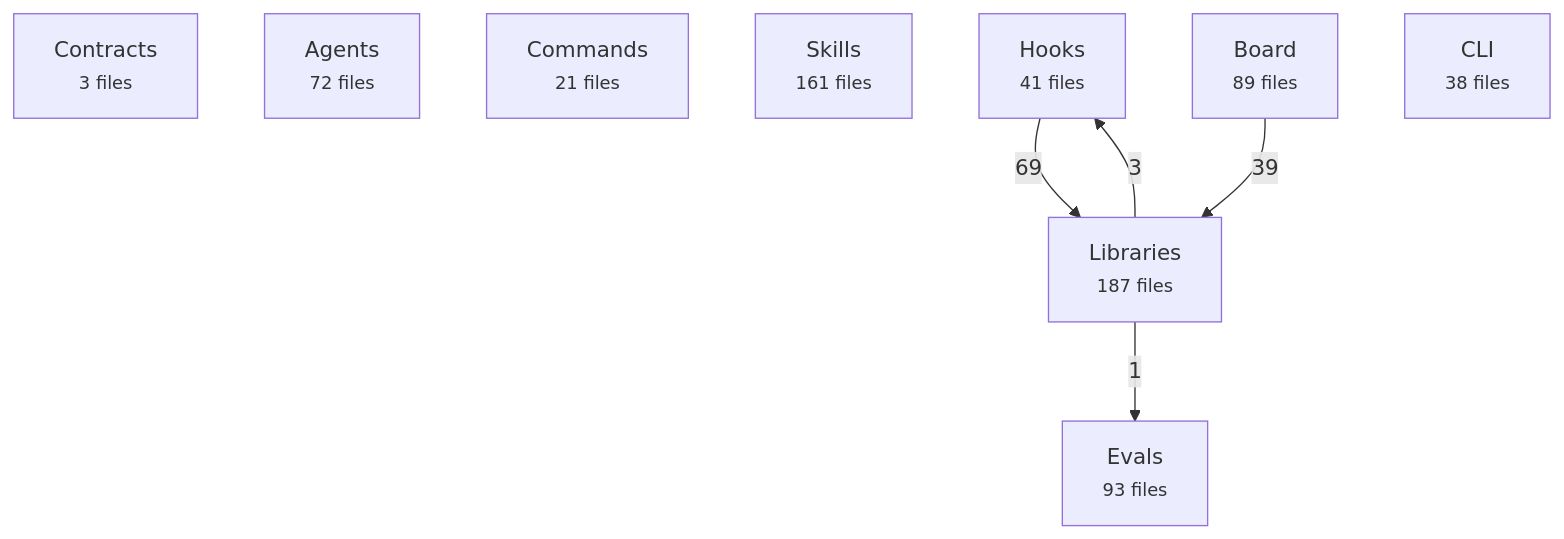
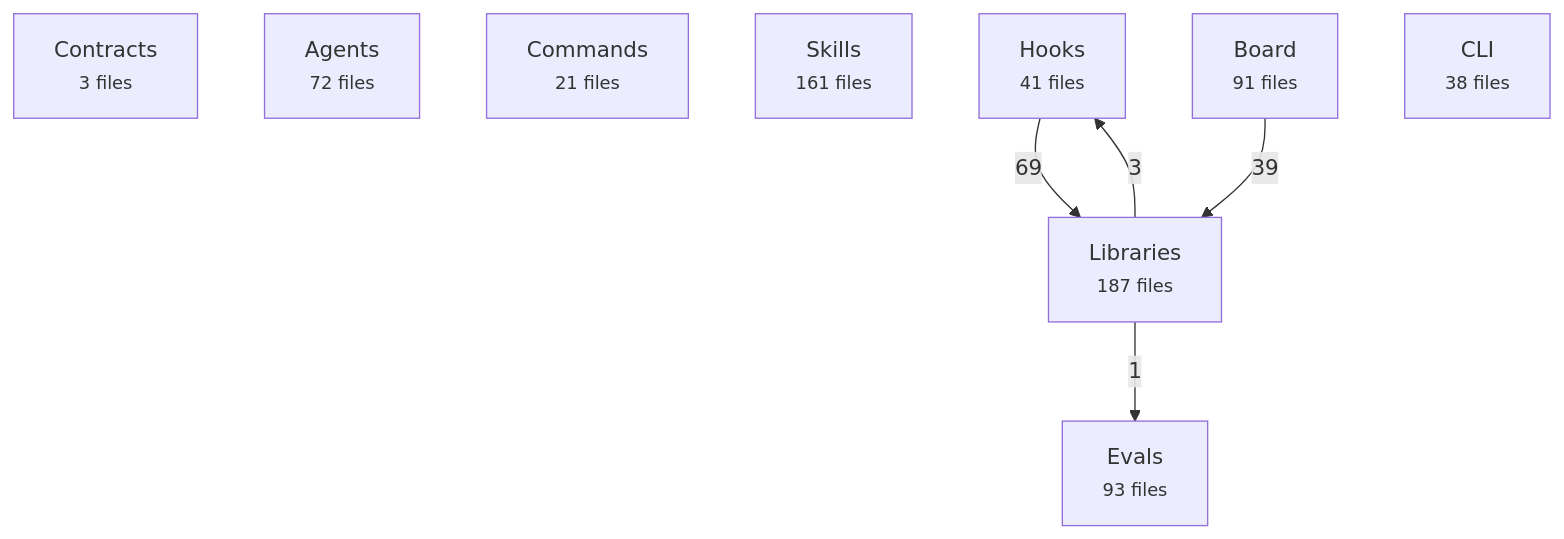
One commit to avelikiy/great_cto changed the first of 2 diagrams in docs/reference/architecture-map.md. Above: the diagram before and after it, drawn with Mermaid. The commit also changed other lines of this file and 13 other files, not shown here.

````diff
--- a/docs/reference/architecture-map.md
+++ b/docs/reference/architecture-map.md
@@ -20,16 +20,16 @@
 ```mermaid
 flowchart TD
   contracts["Contracts<br/><small>3 files</small>"]
   agents["Agents<br/><small>72 files</small>"]
   commands["Commands<br/><small>21 files</small>"]
   skills["Skills<br/><small>161 files</small>"]
   hooks["Hooks<br/><small>41 files</small>"]
   libs["Libraries<br/><small>187 files</small>"]
-  board["Board<br/><small>89 files</small>"]
+  board["Board<br/><small>91 files</small>"]
   cli["CLI<br/><small>38 files</small>"]
   evals["Evals<br/><small>93 files</small>"]
   hooks -->|69| libs
   board -->|39| libs
   libs -->|3| hooks
   libs -->|1| evals
 ```
````
